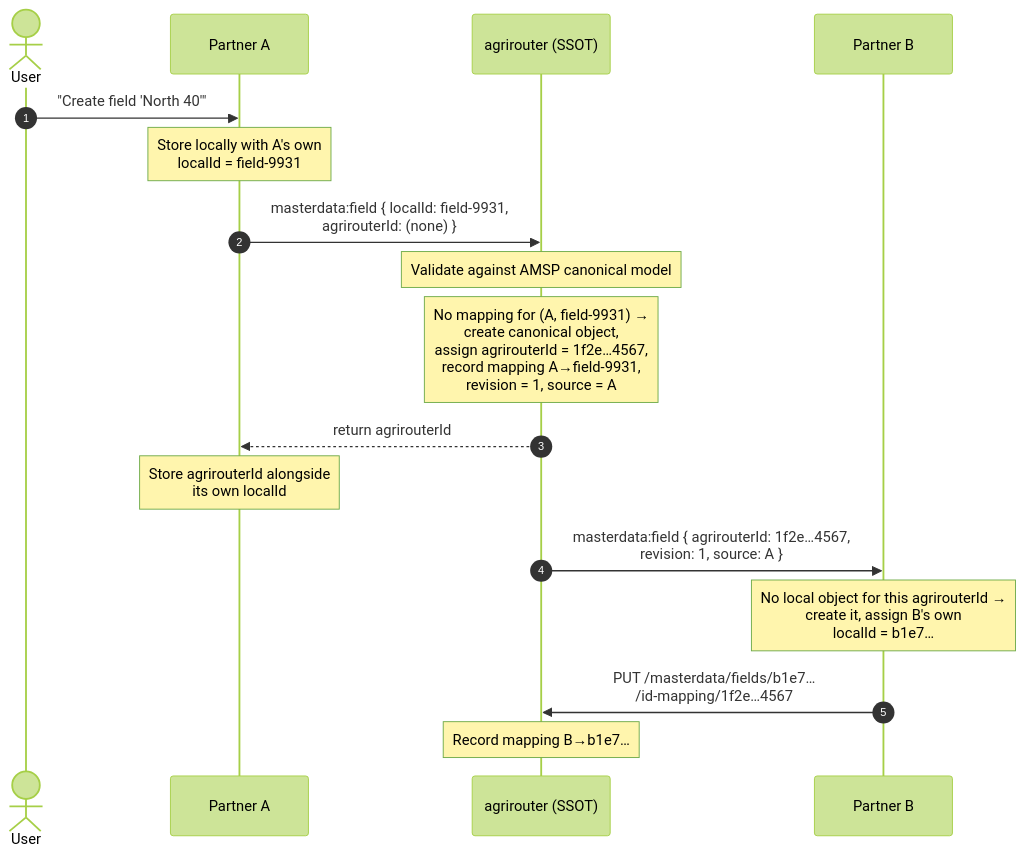
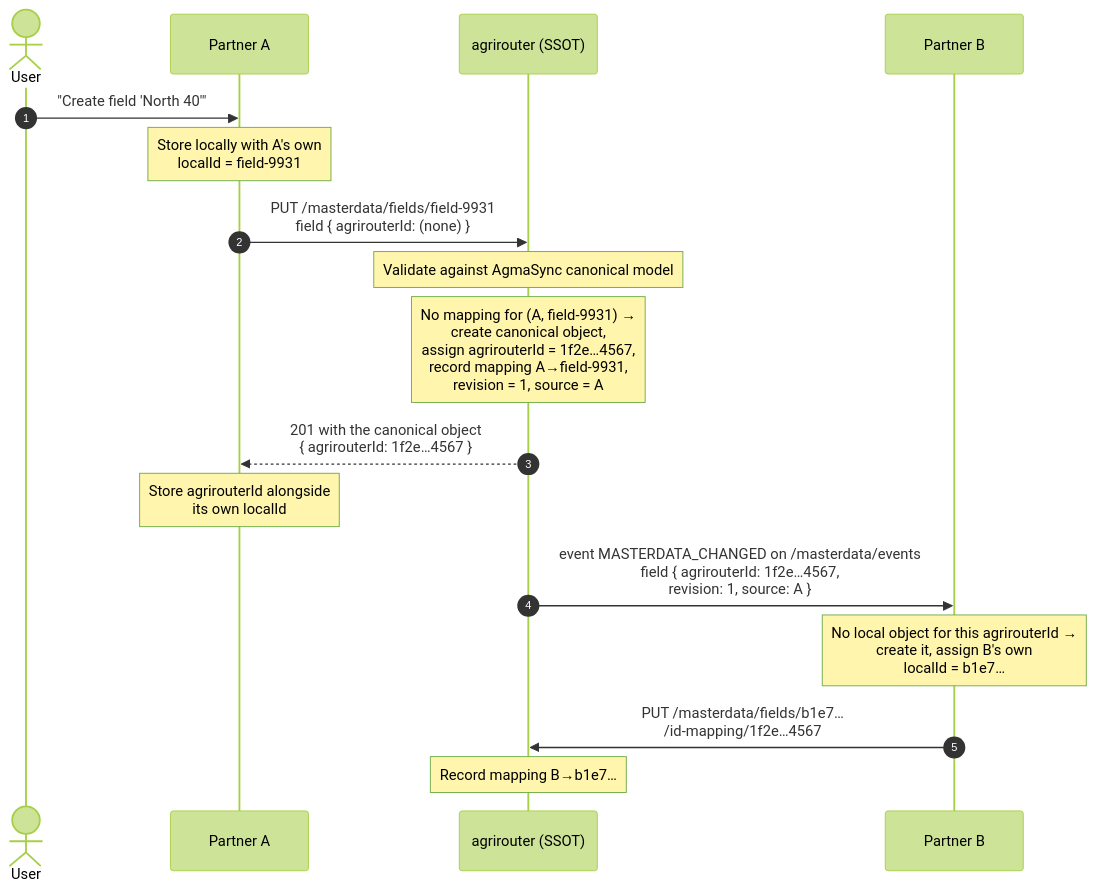
One commit to DKE-Data/masterdata-sync-working-group changed the second of 3 diagrams in architecture/01-reference-architecture.md. Above: the diagram before and after it, drawn with Mermaid (forest theme). The commit also changed other lines of this file and 4 other files, not shown here.

````diff
--- a/architecture/01-reference-architecture.md
+++ b/architecture/01-reference-architecture.md
@@ -146,23 +146,23 @@
 ```mermaid
 sequenceDiagram
     autonumber
     actor U as User
     participant A as Partner A
     participant AR as agrirouter (SSOT)
     participant B as Partner B
 
     U->>A: "Create field 'North 40'"
     Note over A: Store locally with A's own<br/>localId = field-9931
-    A->>AR: masterdata:field { localId: field-9931,<br/>agrirouterId: (none) }
+    A->>AR: PUT /masterdata/fields/field-9931<br/>field { agrirouterId: (none) }
 
-    Note over AR: Validate against AMSP canonical model
+    Note over AR: Validate against AgmaSync canonical model
     Note over AR: No mapping for (A, field-9931) →<br/>create canonical object,<br/>assign agrirouterId = 1f2e…4567,<br/>record mapping A→field-9931,<br/>revision = 1, source = A
 
-    AR-->>A: return agrirouterId
+    AR-->>A: 201 with the canonical object<br/>{ agrirouterId: 1f2e…4567 }
     Note over A: Store agrirouterId alongside<br/>its own localId
 
-    AR->>B: masterdata:field { agrirouterId: 1f2e…4567,<br/>revision: 1, source: A }
+    AR->>B: event MASTERDATA_CHANGED on /masterdata/events<br/>field { agrirouterId: 1f2e…4567,<br/>revision: 1, source: A }
     Note over B: No local object for this agrirouterId →<br/>create it, assign B's own<br/>localId = b1e7…
     B->>AR: PUT /masterdata/fields/b1e7…<br/>/id-mapping/1f2e…4567
     Note over AR: Record mapping B→b1e7…
 ```
````
